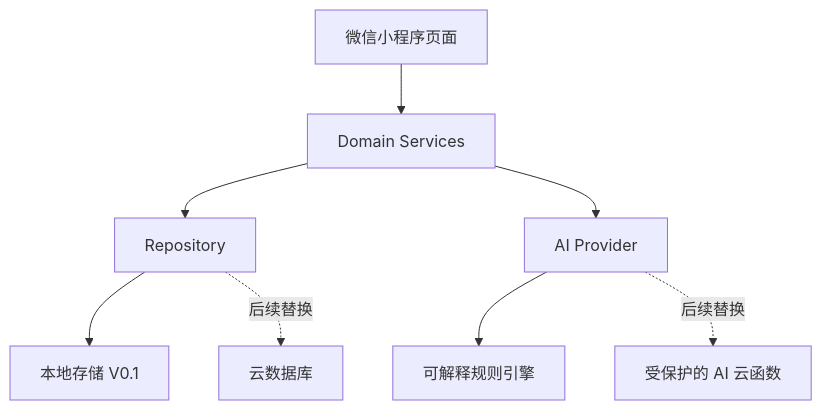
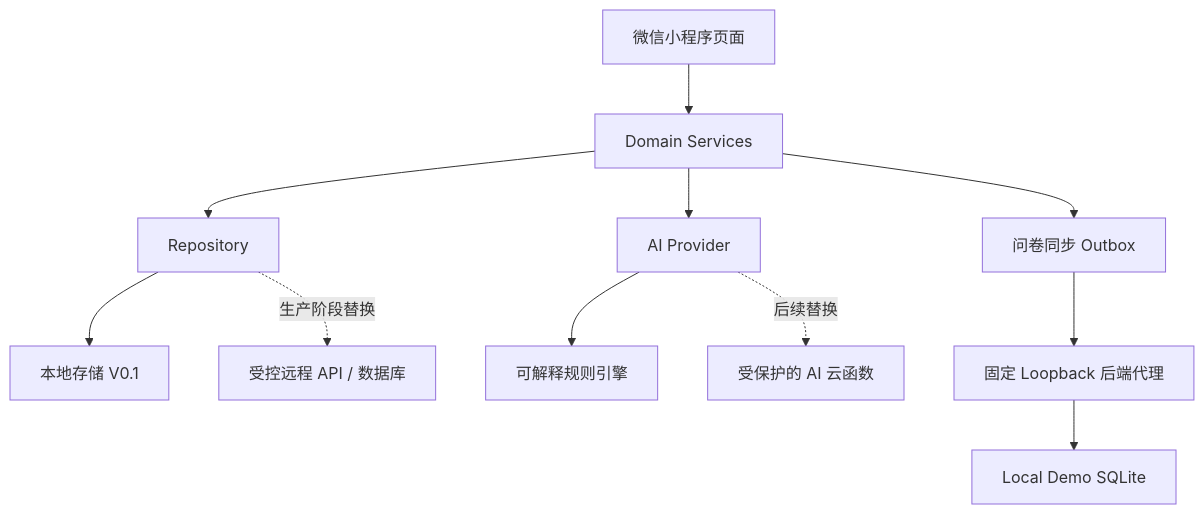
The first of 2 diagrams in docs/ARCHITECTURE.md (yvettfang-netizen/phoenix), drawn with Mermaid before and after one commit. The commit also changed other lines of this file and 28 other files, not shown here.

````diff
--- a/docs/ARCHITECTURE.md
+++ b/docs/ARCHITECTURE.md
@@ -14,10 +14,13 @@
 ```mermaid
 flowchart TD
   A[微信小程序页面] --> B[Domain Services]
   B --> C[Repository]
   C --> D[本地存储 V0.1]
   B --> E[AI Provider]
   E --> F[可解释规则引擎]
-  C -. 后续替换 .-> G[云数据库]
+  B --> O[问卷同步 Outbox]
+  O --> P[固定 Loopback 后端代理]
+  P --> Q[Local Demo SQLite]
+  C -. 生产阶段替换 .-> G[受控远程 API / 数据库]
   E -. 后续替换 .-> H[受保护的 AI 云函数]
 ```
````
